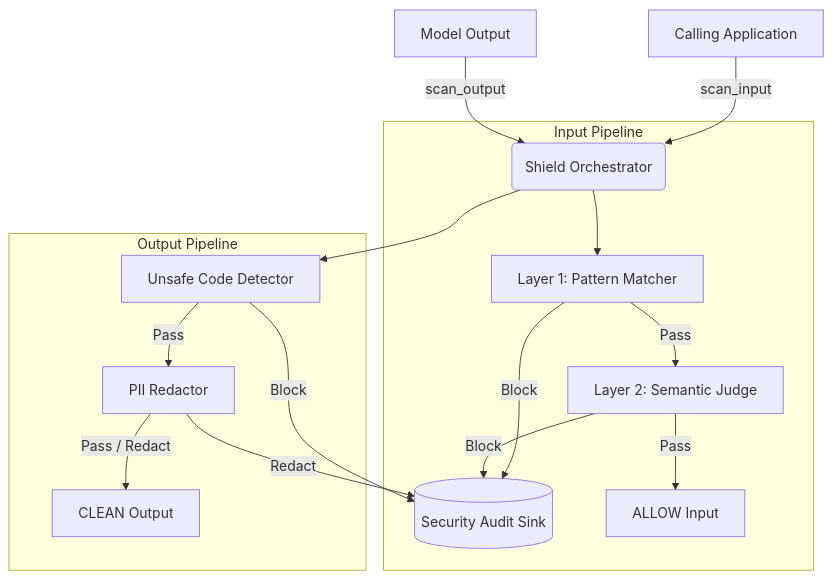
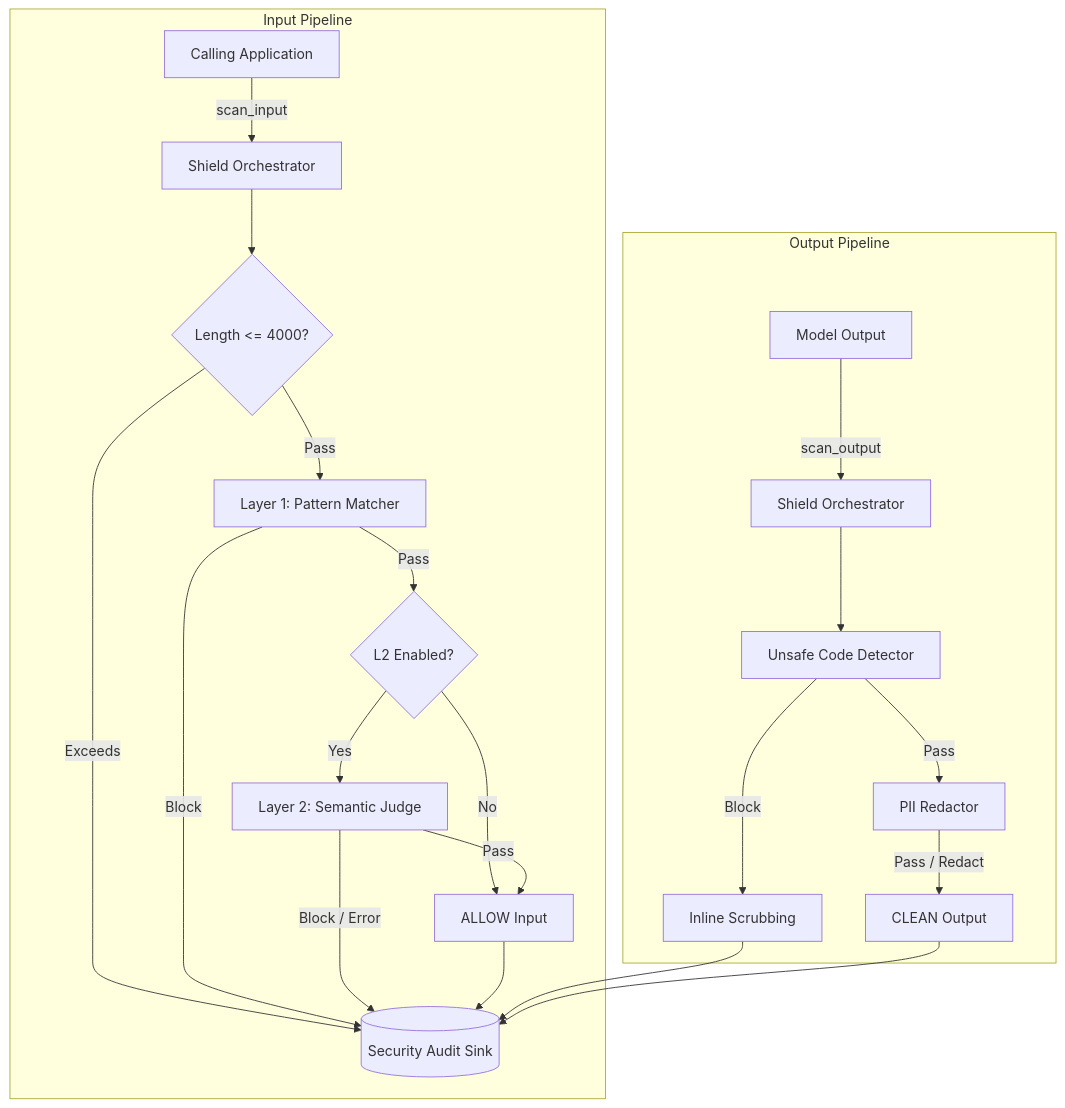
Before and after one commit to msanchit-dev/llm-shield: the first of 2 diagrams in docs/hld.md, drawn with Mermaid. The commit also changed other lines of this file, not shown here.

````diff
--- a/docs/hld.md
+++ b/docs/hld.md
@@ -25,22 +30,27 @@
 ```mermaid
-graph TD
-    A[Calling Application] -->|scan_input| B(Shield Orchestrator)
-    
+flowchart TD
     subgraph Input Pipeline
-        B --> C[Layer 1: Pattern Matcher]
-        C -->|Pass| D[Layer 2: Semantic Judge]
-        C -->|Block| E[(Security Audit Sink)]
-        D -->|Block| E
-        D -->|Pass| F[ALLOW Input]
+        AppIn[Calling Application] -->|scan_input| OrchIn[Shield Orchestrator]
+        OrchIn --> LenCheck{Length <= 4000?}
+        LenCheck -->|Exceeds| Audit[(Security Audit Sink)]
+        LenCheck -->|Pass| L1[Layer 1: Pattern Matcher]
+        L1 -->|Block| Audit
+        L1 -->|Pass| L2Opt{L2 Enabled?}
+        L2Opt -->|No| AllowIn[ALLOW Input]
+        L2Opt -->|Yes| L2[Layer 2: Semantic Judge]
+        L2 -->|Block / Error| Audit
+        L2 -->|Pass| AllowIn
+        AllowIn --> Audit
     end
 
-    G[Model Output] -->|scan_output| B
-    
     subgraph Output Pipeline
-        B --> H[Unsafe Code Detector]
-        H -->|Block| E
-        H -->|Pass| I[PII Redactor]
-        I -->|Redact| E
-        I -->|Pass / Redact| J[CLEAN Output]
+        ModelOut[Model Output] -->|scan_output| OrchOut[Shield Orchestrator]
+        OrchOut --> UnsafeCode[Unsafe Code Detector]
+        UnsafeCode -->|Block| RedactBlock[Inline Scrubbing]
+        RedactBlock --> Audit
+        UnsafeCode -->|Pass| PIIRedact[PII Redactor]
+        PIIRedact -->|Pass / Redact| CleanOut[CLEAN Output]
+        CleanOut --> Audit
     end
+
 ```
````
